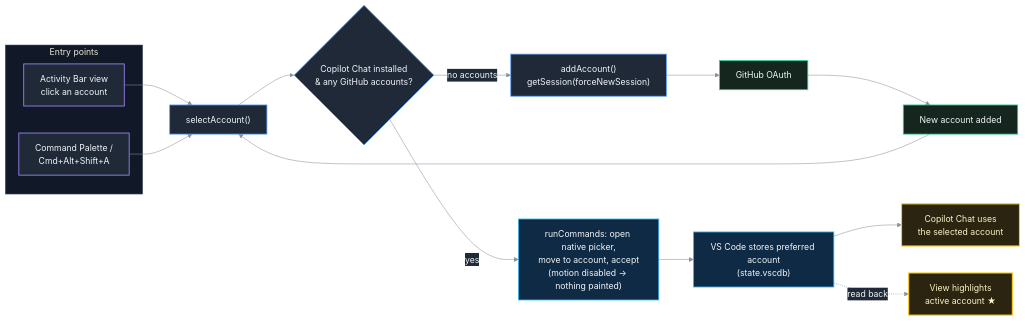
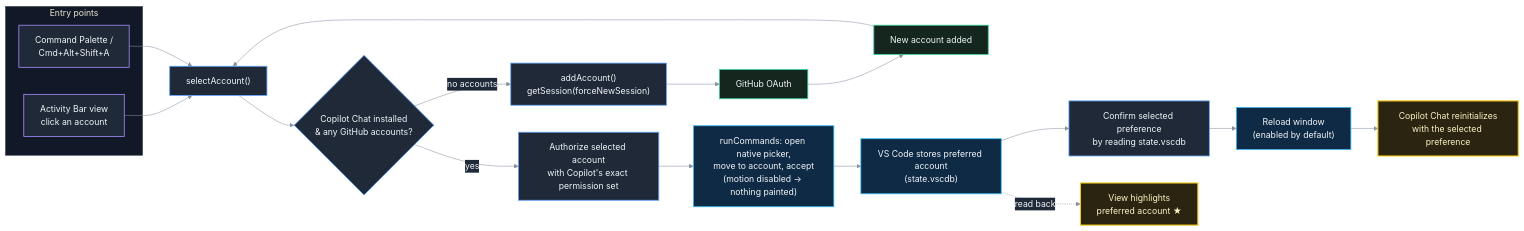
The first of 2 diagrams in README.md (OleksiiTimofieiev/plugin), drawn with Mermaid before and after one commit. The commit also changed other lines of this file and 6 other files, not shown here.

````diff
--- a/README.md
+++ b/README.md
@@ -9,44 +9,47 @@
 ```mermaid
 %%{init: {
   "theme": "base",
   "themeVariables": {
     "fontFamily": "ui-sans-serif, system-ui, sans-serif",
     "primaryColor": "#1f2937",
     "primaryTextColor": "#f1f5f9",
     "primaryBorderColor": "#60a5fa",
     "secondaryColor": "#312e81",
     "tertiaryColor": "#111827",
     "lineColor": "#8892a0",
     "textColor": "#f1f5f9",
     "clusterBkg": "#111827",
     "clusterBorder": "#4b5563",
     "edgeLabelBackground": "#1f2937"
   }
 }}%%
 flowchart LR
     classDef entry fill:#1f2937,stroke:#a78bfa,color:#f1f5f9,stroke-width:1.5px
     classDef logic fill:#1f2937,stroke:#60a5fa,color:#f1f5f9,stroke-width:1.5px
     classDef vscode fill:#0f2a44,stroke:#38bdf8,color:#f1f5f9,stroke-width:1.5px
     classDef github fill:#14261e,stroke:#34d399,color:#f1f5f9,stroke-width:1.5px
     classDef result fill:#2b2410,stroke:#facc15,color:#fef3c7,stroke-width:2px
 
     subgraph Entry["Entry points"]
         A["Activity Bar view<br/>click an account"]
         C["Command Palette /<br/>Cmd+Alt+Shift+A"]
     end
 
     A & C --> S["selectAccount()"]
     S --> Chk{"Copilot Chat installed<br/>&amp; any GitHub accounts?"}
     Chk -- "no accounts" --> Add["addAccount()<br/>getSession(forceNewSession)"]
     Add --> GH["GitHub OAuth"] --> Acc["New account added"] --> S
-    Chk -- "yes" --> Cmd["runCommands: open native picker,<br/>move to account, accept<br/>(motion disabled → nothing painted)"]
+    Chk -- "yes" --> Session["Authorize selected account<br/>with Copilot's exact permission set"]
+    Session --> Cmd["runCommands: open native picker,<br/>move to account, accept<br/>(motion disabled → nothing painted)"]
     Cmd --> Pref["VS Code stores preferred account<br/>(state.vscdb)"]
-    Pref --> Copilot["Copilot Chat uses<br/>the selected account"]
-    Pref -. "read back" .-> View["View highlights<br/>active account ★"]
+    Pref --> Confirm["Confirm selected preference<br/>by reading state.vscdb"]
+    Confirm --> Reload["Reload window<br/>(enabled by default)"]
+    Reload --> Copilot["Copilot Chat reinitializes<br/>with the selected preference"]
+    Pref -. "read back" .-> View["View highlights<br/>preferred account ★"]
 
     class A,C entry
-    class S,Chk,Add logic
-    class Cmd,Pref vscode
+    class S,Chk,Add,Session,Confirm logic
+    class Cmd,Pref,Reload vscode
     class GH,Acc github
     class Copilot,View result
 ```
````
